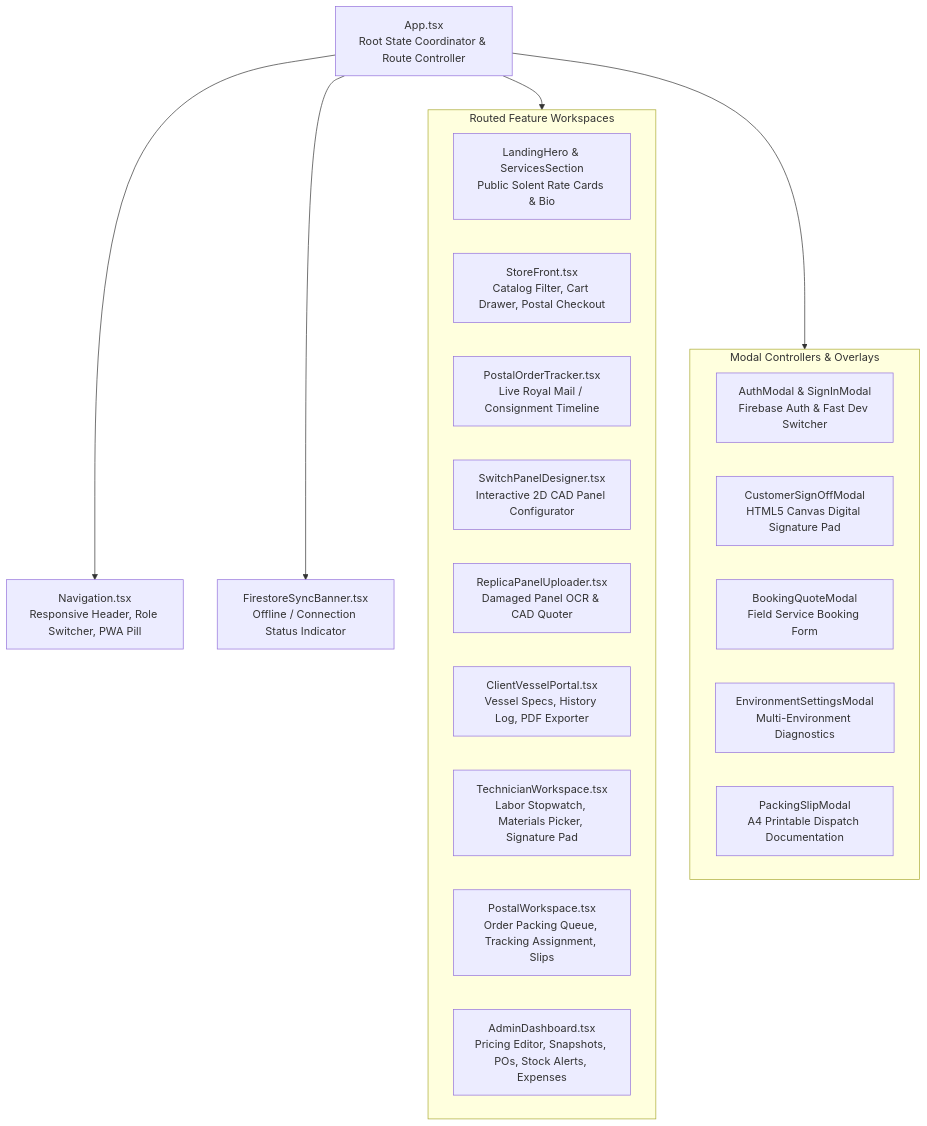
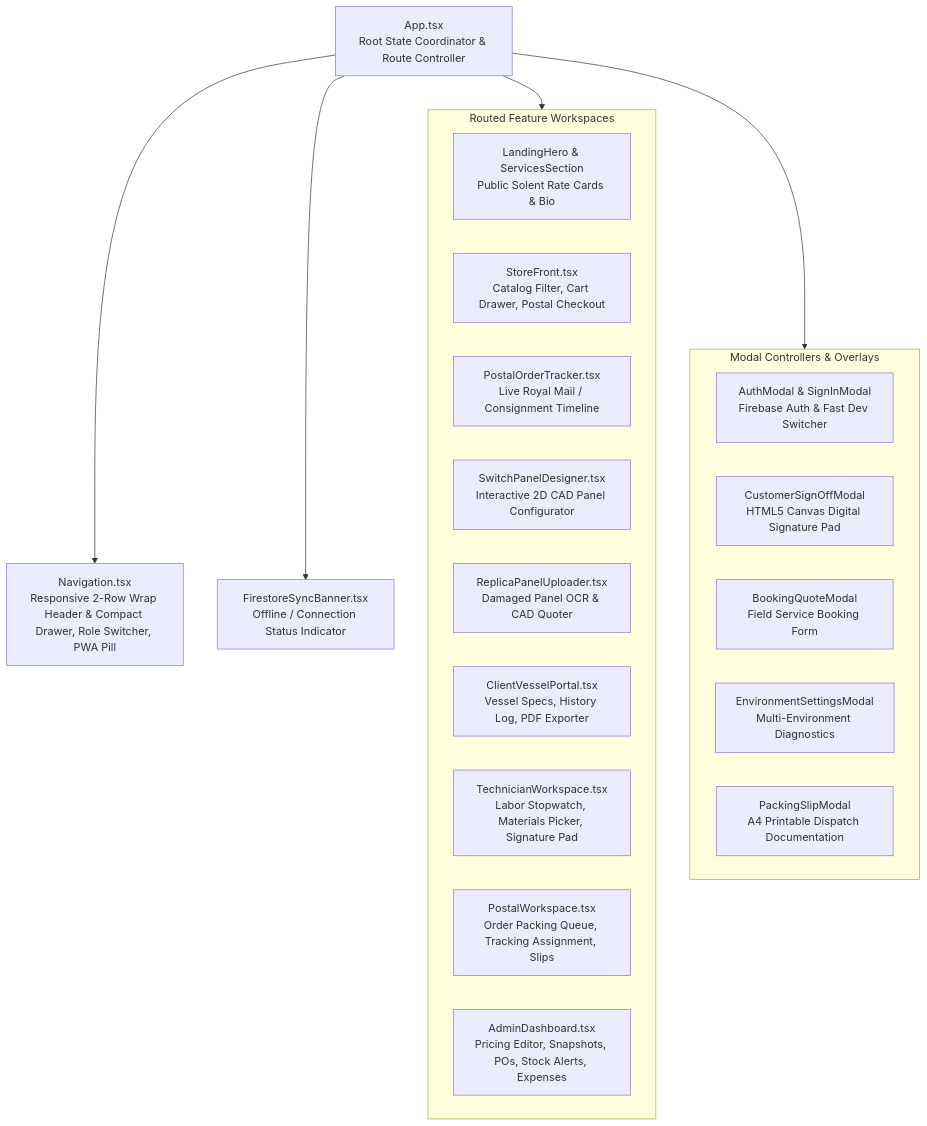
Before and after one commit to AnthonyWrather/ajwmes: the second of 7 diagrams in DESIGN.md, drawn with Mermaid. The commit also changed 4 other files, not shown here.

Commit message:
feat(nav): wrap desktop menu into 2 rows, compact hamburger pills, clean admin header (Closes #14)

````diff
--- a/DESIGN.md
+++ b/DESIGN.md
@@ -140,32 +140,32 @@
 ```mermaid
 graph TD
     App["App.tsx\nRoot State Coordinator & Route Controller"]
     
-    Nav["Navigation.tsx\nResponsive Header, Role Switcher, PWA Pill"]
+    Nav["Navigation.tsx\nResponsive 2-Row Wrap Header & Compact Drawer, Role Switcher, PWA Pill"]
     SyncBanner["FirestoreSyncBanner.tsx\nOffline / Connection Status Indicator"]
     
     subgraph RouteViews["Routed Feature Workspaces"]
         Home["LandingHero & ServicesSection\nPublic Solent Rate Cards & Bio"]
         Store["StoreFront.tsx\nCatalog Filter, Cart Drawer, Postal Checkout"]
         Tracker["PostalOrderTracker.tsx\nLive Royal Mail / Consignment Timeline"]
         Designer["SwitchPanelDesigner.tsx\nInteractive 2D CAD Panel Configurator"]
         Replica["ReplicaPanelUploader.tsx\nDamaged Panel OCR & CAD Quoter"]
         Portal["ClientVesselPortal.tsx\nVessel Specs, History Log, PDF Exporter"]
         Tech["TechnicianWorkspace.tsx\nLabor Stopwatch, Materials Picker, Signature Pad"]
         Postal["PostalWorkspace.tsx\nOrder Packing Queue, Tracking Assignment, Slips"]
         Admin["AdminDashboard.tsx\nPricing Editor, Snapshots, POs, Stock Alerts, Expenses"]
     end
 
     subgraph ModalControllers["Modal Controllers & Overlays"]
         AuthModal["AuthModal & SignInModal\nFirebase Auth & Fast Dev Switcher"]
         SignOffModal["CustomerSignOffModal\nHTML5 Canvas Digital Signature Pad"]
         BookingModal["BookingQuoteModal\nField Service Booking Form"]
         EnvModal["EnvironmentSettingsModal\nMulti-Environment Diagnostics"]
         SlipModal["PackingSlipModal\nA4 Printable Dispatch Documentation"]
     end
 
     App --> Nav
     App --> SyncBanner
     App --> RouteViews
     App --> ModalControllers
 ```
````
